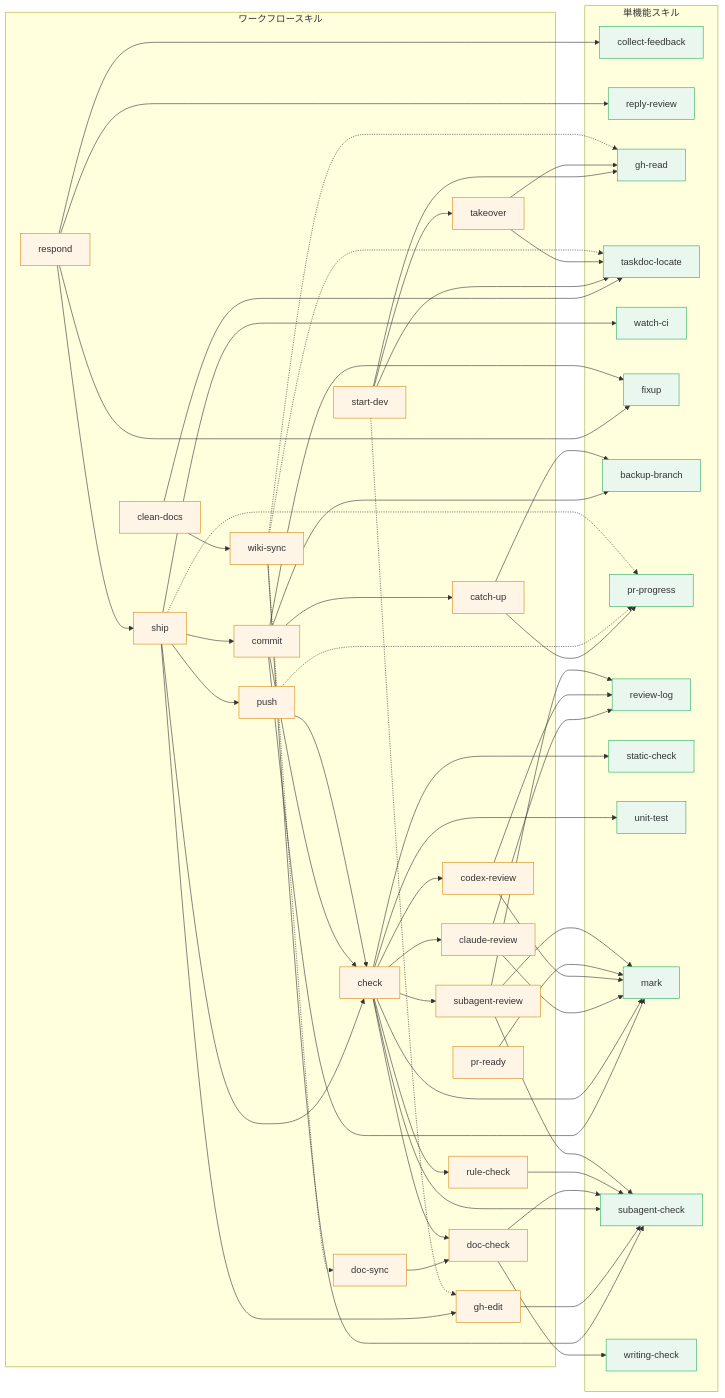
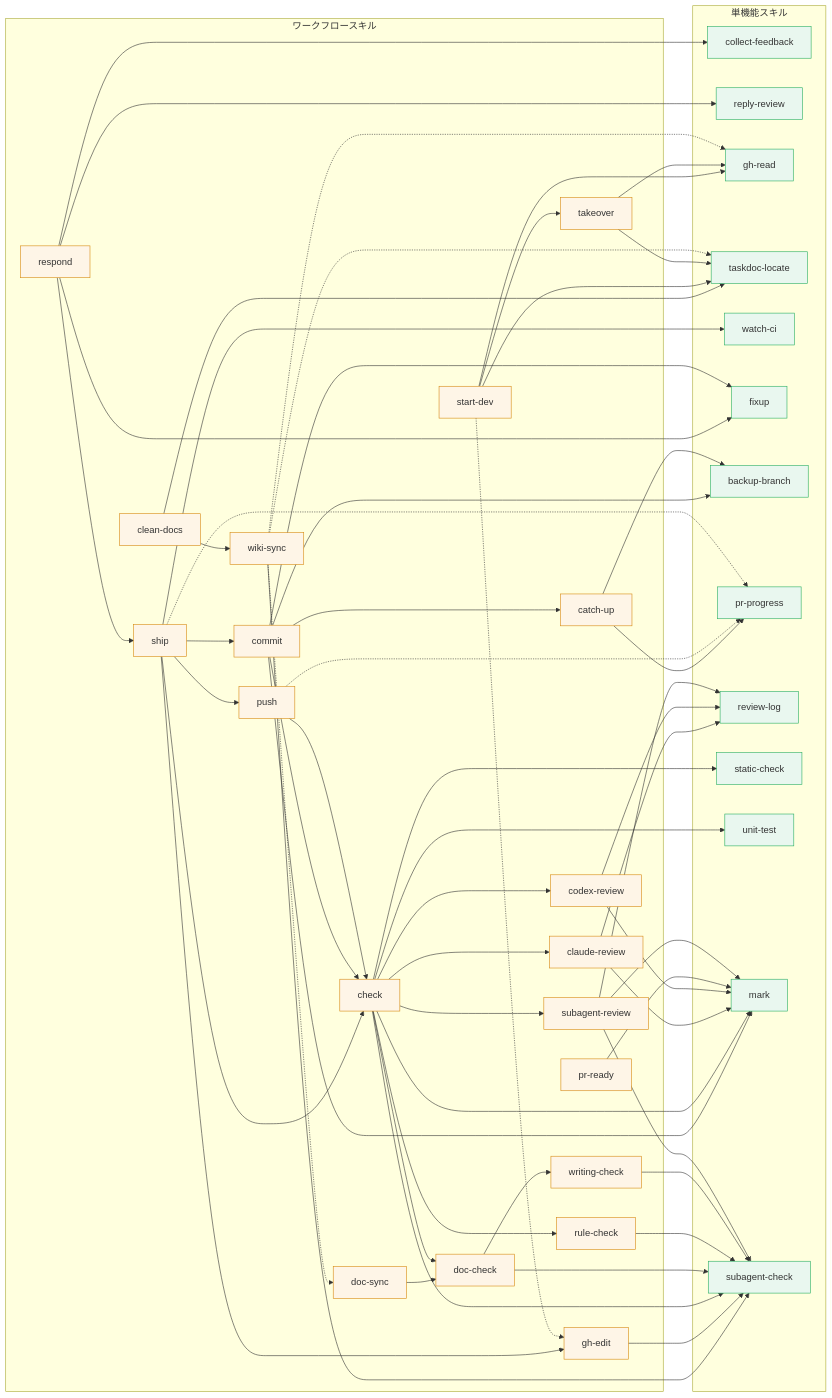
Before and after one commit to mistbind3u88/bonsai: the second of 2 diagrams in README.md, drawn with Mermaid. The commit also changed 6 other files, not shown here.

```diff
--- a/README.md
+++ b/README.md
@@ -141,6 +141,7 @@
         codex-review:::workflow
         pr-ready:::workflow
         subagent-review:::workflow
+        writing-check:::workflow
     end
 
     subgraph SG1["単機能スキル"]
@@ -157,7 +158,6 @@
         unit-test:::single
         mark:::single
         subagent-check:::single
-        writing-check:::single
     end
 
     respond --> ship
@@ -199,6 +199,7 @@
     doc-check --> subagent-check
     doc-check --> writing-check
     rule-check --> subagent-check
+    writing-check --> subagent-check
     claude-review --> review-log
     claude-review --> mark
     codex-review --> review-log
```
